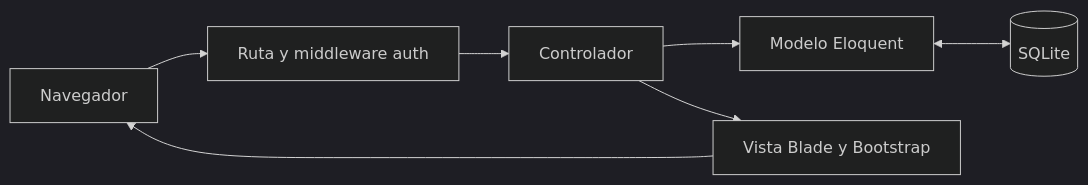
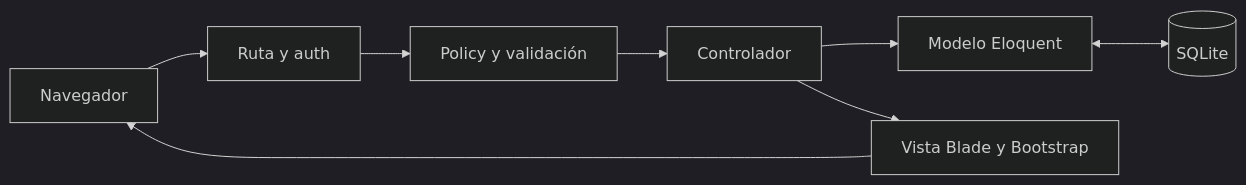
The diagram in README.md (iDavidDLT/IngenieriaWebProject), drawn with Mermaid (dark theme) before and after one commit. The commit also changed other lines of this file and 34 other files, not shown here.

````diff
--- a/README.md
+++ b/README.md
@@ -117,9 +158,10 @@
 ```mermaid
 flowchart LR
-    A[Navegador] --> B[Ruta y middleware auth]
-    B --> C[Controlador]
-    C --> D[Modelo Eloquent]
-    D <--> E[(SQLite)]
-    C --> F[Vista Blade y Bootstrap]
-    F --> A
+    A[Navegador] --> B[Ruta y auth]
+    B --> C[Policy y validación]
+    C --> D[Controlador]
+    D --> E[Modelo Eloquent]
+    E <--> F[(SQLite)]
+    D --> G[Vista Blade y Bootstrap]
+    G --> A
 ```
````
